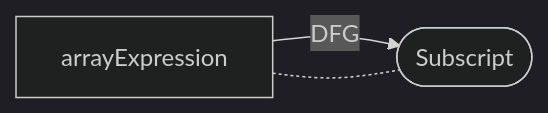
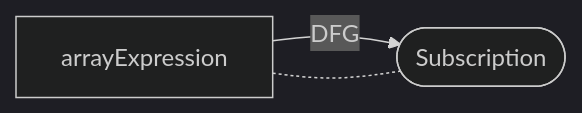
Diagram 11 of 40 in docs/docs/CPG/specs/dfg.md (Fraunhofer-AISEC/cpg), drawn with Mermaid (dark theme) before and after one commit. The commit also changed other lines of this file and 110 other files, not shown here.

Commit message:
refactor: rename Construct→Construction, Member→MemberAccess, NewArray→ArrayConstruction, Subscript→Subscription, TypeId→TypeReference

````diff
--- a/docs/docs/CPG/specs/dfg.md
+++ b/docs/docs/CPG/specs/dfg.md
@@ -196,5 +196,5 @@
   ```mermaid
   flowchart LR
-    arrayExpression -- DFG --> node([Subscript]);
+    arrayExpression -- DFG --> node([Subscription]);
     arrayExpression -.- node;
   ```
````
